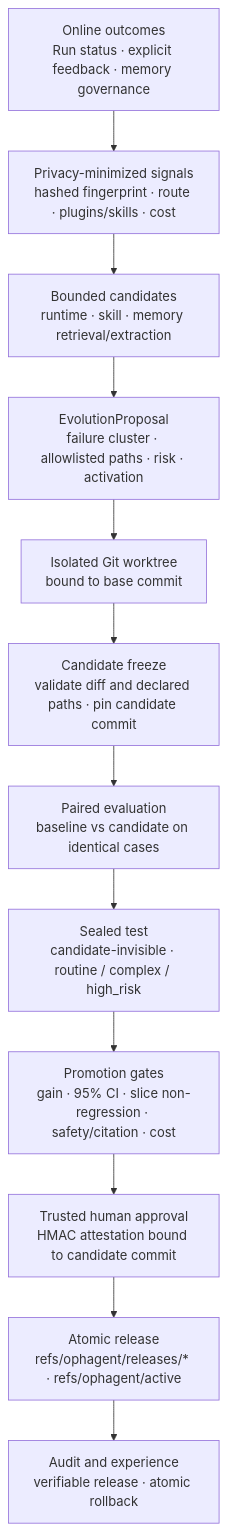
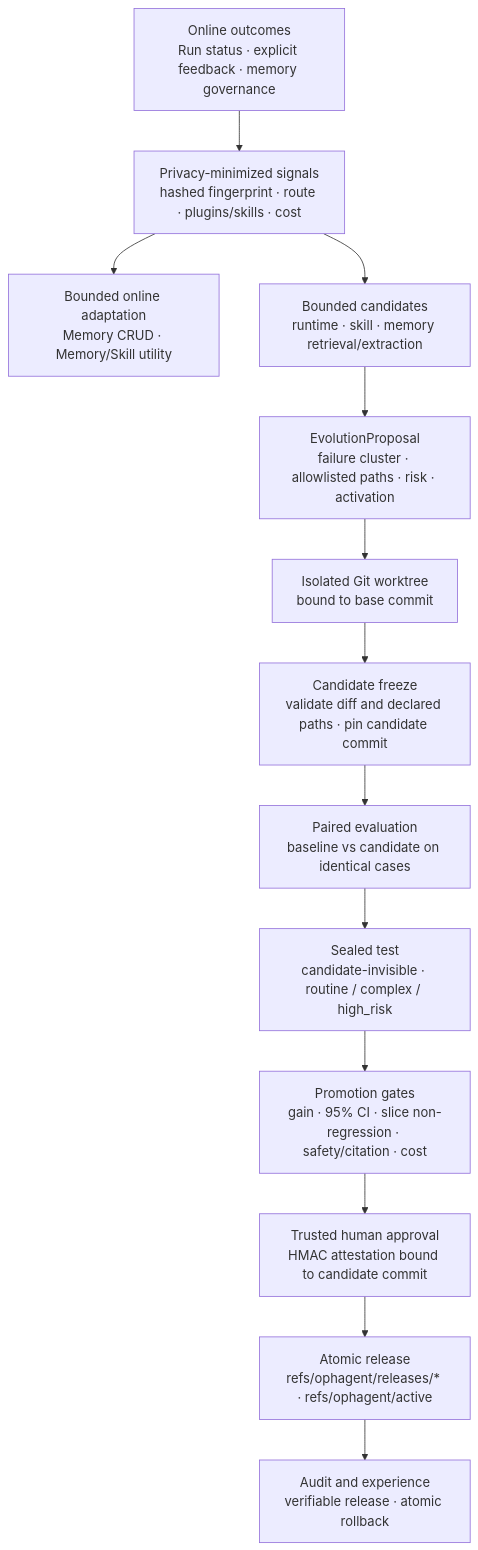
Before and after one commit to QiZishi/OphAgent: the second of 2 diagrams in README.md, drawn with Mermaid. The commit also changed other lines of this file and 22 other files, not shown here.

````diff
--- a/README.md
+++ b/README.md
@@ -332,27 +332,29 @@
 ```mermaid
 flowchart TB
     OUTCOME["Online outcomes<br/>Run status · explicit feedback · memory governance"]
     SIGNAL["Privacy-minimized signals<br/>hashed fingerprint · route · plugins/skills · cost"]
+    ONLINE["Bounded online adaptation<br/>Memory CRUD · Memory/Skill utility"]
     CANDIDATE["Bounded candidates<br/>runtime · skill · memory retrieval/extraction"]
     PROPOSAL["EvolutionProposal<br/>failure cluster · allowlisted paths · risk · activation"]
     ISOLATE["Isolated Git worktree<br/>bound to base commit"]
     FREEZE["Candidate freeze<br/>validate diff and declared paths · pin candidate commit"]
     PAIRED["Paired evaluation<br/>baseline vs candidate on identical cases"]
     SEALED["Sealed test<br/>candidate-invisible · routine / complex / high_risk"]
     GATES["Promotion gates<br/>gain · 95% CI · slice non-regression · safety/citation · cost"]
     APPROVAL["Trusted human approval<br/>HMAC attestation bound to candidate commit"]
     RELEASE["Atomic release<br/>refs/ophagent/releases/* · refs/ophagent/active"]
     EXPERIENCE["Audit and experience<br/>verifiable release · atomic rollback"]
 
     OUTCOME --> SIGNAL
+    SIGNAL --> ONLINE
     SIGNAL --> CANDIDATE
     CANDIDATE --> PROPOSAL
     PROPOSAL --> ISOLATE
     ISOLATE --> FREEZE
     FREEZE --> PAIRED
     PAIRED --> SEALED
     SEALED --> GATES
     GATES --> APPROVAL
     APPROVAL --> RELEASE
     RELEASE --> EXPERIENCE
 ```
````
